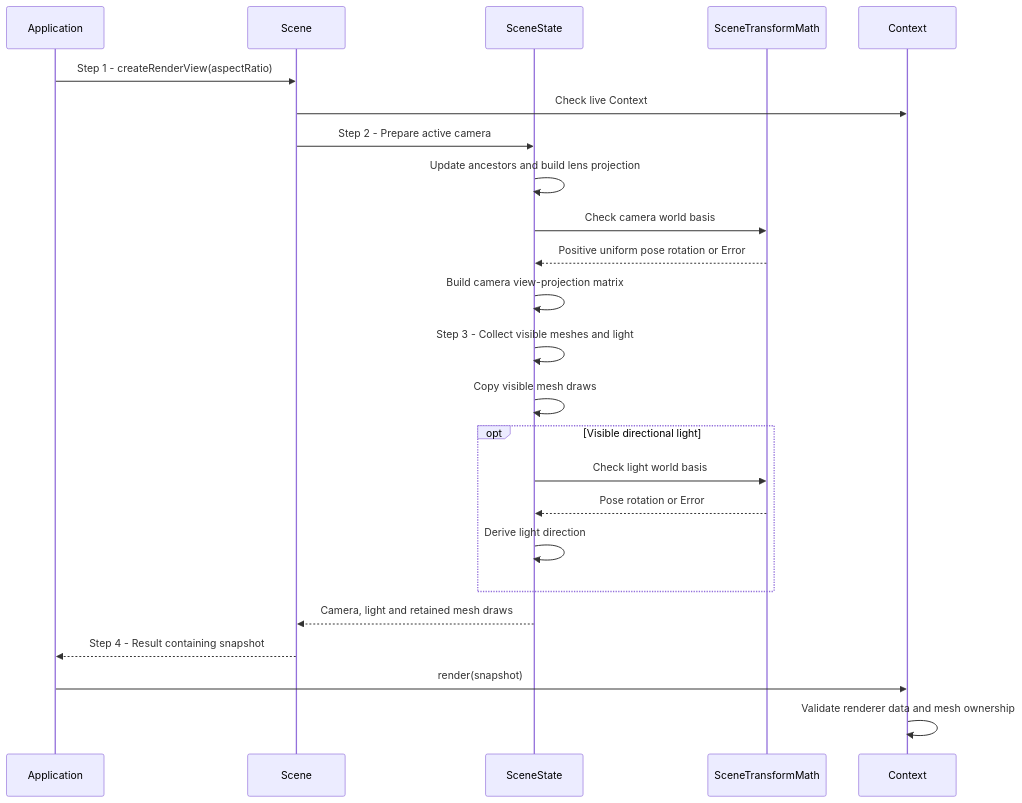
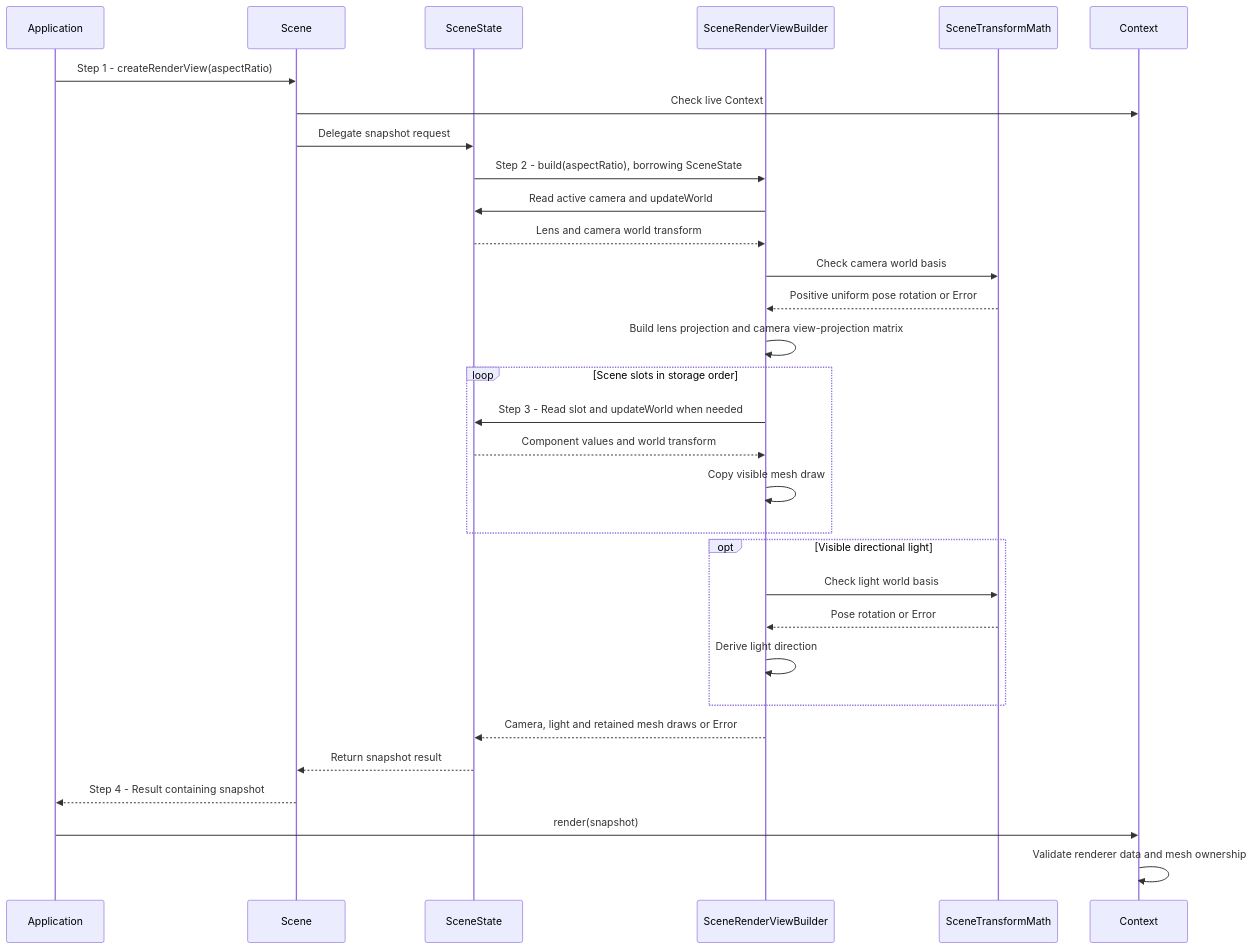
Before and after one commit to a-soltysik/Panda: the diagram in docs/use-cases/render-scene-transforms.md, drawn with Mermaid. The commit also changed other lines of this file and 7 other files, not shown here.

Commit message:
Extract scene render view builder (#113)

````diff
--- a/docs/use-cases/render-scene-transforms.md
+++ b/docs/use-cases/render-scene-transforms.md
@@ -43,26 +47,33 @@
 ```mermaid
 sequenceDiagram
     participant A as Application
     participant S as Scene
     participant D as SceneState
+    participant B as SceneRenderViewBuilder
     participant M as SceneTransformMath
     participant C as Context
     A->>S: Step 1 - createRenderView(aspectRatio)
     S->>C: Check live Context
-    S->>D: Step 2 - Prepare active camera
-    D->>D: Update ancestors and build lens projection
-    D->>M: Check camera world basis
-    M-->>D: Positive uniform pose rotation or Error
-    D->>D: Build camera view-projection matrix
-    D->>D: Step 3 - Collect visible meshes and light
-    D->>D: Copy visible mesh draws
+    S->>D: Delegate snapshot request
+    D->>B: Step 2 - build(aspectRatio), borrowing SceneState
+    B->>D: Read active camera and updateWorld
+    D-->>B: Lens and camera world transform
+    B->>M: Check camera world basis
+    M-->>B: Positive uniform pose rotation or Error
+    B->>B: Build lens projection and camera view-projection matrix
+    loop Scene slots in storage order
+        B->>D: Step 3 - Read slot and updateWorld when needed
+        D-->>B: Component values and world transform
+        B->>B: Copy visible mesh draw
+    end
     opt Visible directional light
-        D->>M: Check light world basis
-        M-->>D: Pose rotation or Error
-        D->>D: Derive light direction
+        B->>M: Check light world basis
+        M-->>B: Pose rotation or Error
+        B->>B: Derive light direction
     end
-    D-->>S: Camera, light and retained mesh draws
+    B-->>D: Camera, light and retained mesh draws or Error
+    D-->>S: Return snapshot result
     S-->>A: Step 4 - Result containing snapshot
     A->>C: render(snapshot)
     C->>C: Validate renderer data and mesh ownership
 ```
````
